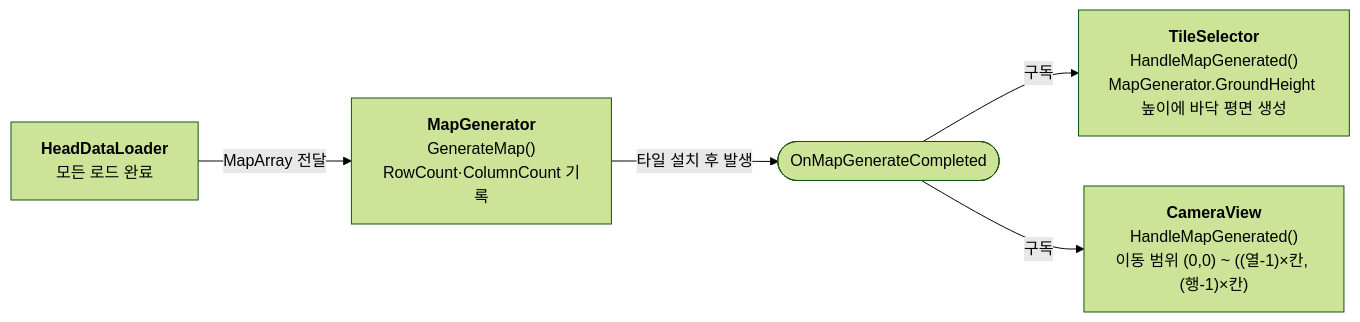
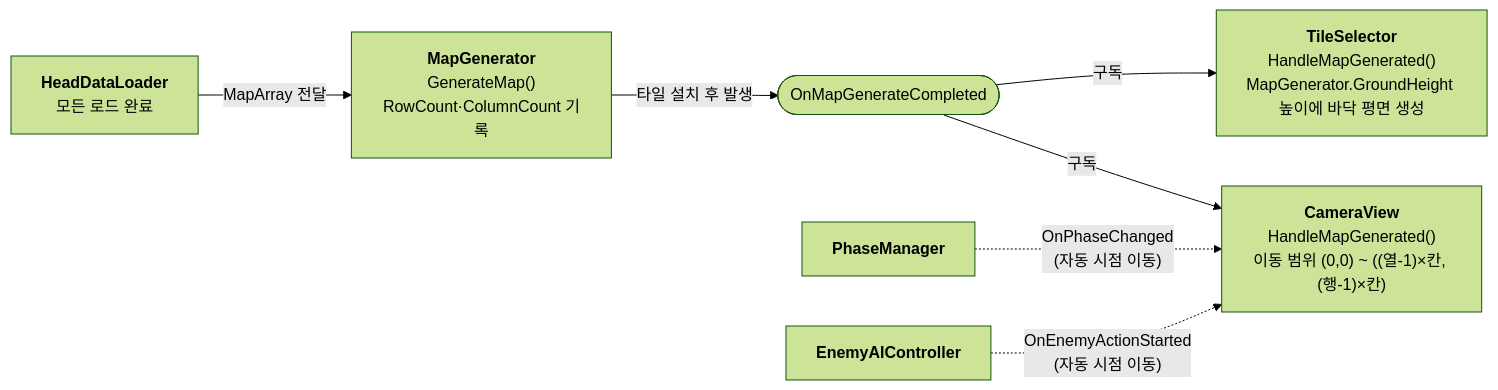
One commit to jayy5288sk/PersonalProject changed the eighth of 36 diagrams in Docs/ImplementDocs/Diagram.md. Above: the diagram before and after it, drawn with Mermaid (forest theme). The commit also changed other lines of this file and 3 other files, not shown here.

Commit message:
[Docs] 남은 기술문서 작성 및 다이어그램 갱신

````diff
--- a/Docs/ImplementDocs/Diagram.md
+++ b/Docs/ImplementDocs/Diagram.md
@@ -196,13 +200,17 @@
 ```mermaid
 flowchart LR
     Head["<b>HeadDataLoader</b><br/>모든 로드 완료"]
     Gen["<b>MapGenerator</b><br/>GenerateMap()<br/>RowCount·ColumnCount 기록"]
     Evt(["OnMapGenerateCompleted"])
     Sel["<b>TileSelector</b><br/>HandleMapGenerated()<br/>MapGenerator.GroundHeight 높이에 바닥 평면 생성"]
     Cam["<b>CameraView</b><br/>HandleMapGenerated()<br/>이동 범위 (0,0) ~ ((열-1)×칸, (행-1)×칸)"]
+    PM["<b>PhaseManager</b>"]
+    AI["<b>EnemyAIController</b>"]
 
     Head -->|MapArray 전달| Gen
     Gen -->|타일 설치 후 발생| Evt
     Evt -->|구독| Sel
     Evt -->|구독| Cam
+    PM -.->|"OnPhaseChanged<br/>(자동 시점 이동)"| Cam
+    AI -.->|"OnEnemyActionStarted<br/>(자동 시점 이동)"| Cam
 ```
````
